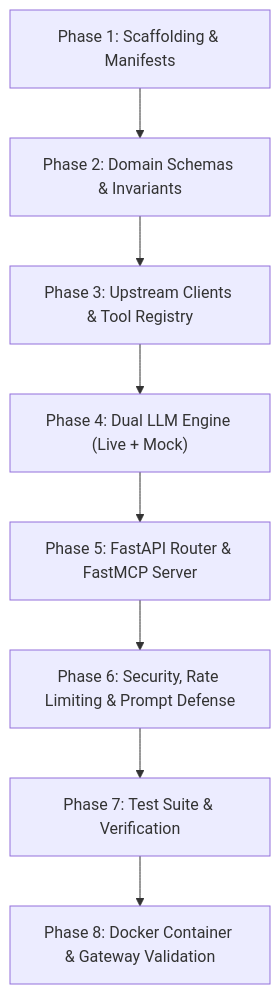
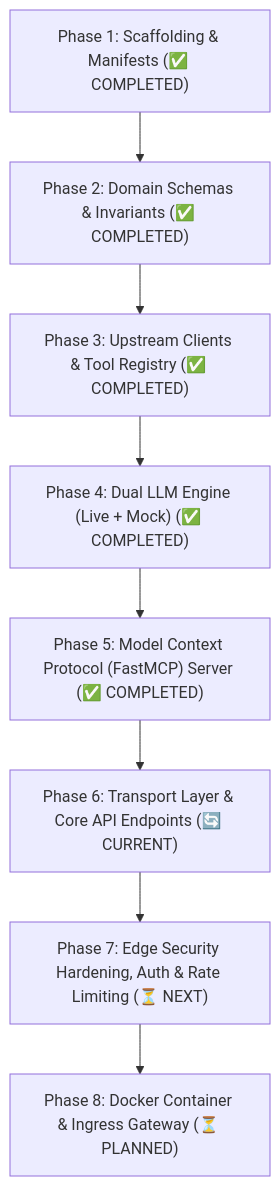
The diagram in services/ai-assistant/ROADMAP.md (phantomTroupeEAD/SwiftDrop), drawn with Mermaid before and after one commit. The commit also changed other lines of this file and 15 other files, not shown here.

First line of the commit message:
feat(ai-assistant): implement Phase 6 transport layer, REST endpoints, and test suites

````diff
--- a/services/ai-assistant/ROADMAP.md
+++ b/services/ai-assistant/ROADMAP.md
@@ -41,10 +42,10 @@
 ```mermaid
 flowchart TD
-    P1["Phase 1: Scaffolding & Manifests"] --> P2["Phase 2: Domain Schemas & Invariants"]
-    P2 --> P3["Phase 3: Upstream Clients & Tool Registry"]
-    P3 --> P4["Phase 4: Dual LLM Engine (Live + Mock)"]
-    P4 --> P5["Phase 5: FastAPI Router & FastMCP Server"]
-    P5 --> P6["Phase 6: Security, Rate Limiting & Prompt Defense"]
-    P6 --> P7["Phase 7: Test Suite & Verification"]
-    P7 --> P8["Phase 8: Docker Container & Gateway Validation"]
+    P1["Phase 1: Scaffolding & Manifests (✅ COMPLETED)"] --> P2["Phase 2: Domain Schemas & Invariants (✅ COMPLETED)"]
+    P2 --> P3["Phase 3: Upstream Clients & Tool Registry (✅ COMPLETED)"]
+    P3 --> P4["Phase 4: Dual LLM Engine (Live + Mock) (✅ COMPLETED)"]
+    P4 --> P5["Phase 5: Model Context Protocol (FastMCP) Server (✅ COMPLETED)"]
+    P5 --> P6["Phase 6: Transport Layer & Core API Endpoints (🔄 CURRENT)"]
+    P6 --> P7["Phase 7: Edge Security Hardening, Auth & Rate Limiting (⏳ NEXT)"]
+    P7 --> P8["Phase 8: Docker Container & Ingress Gateway (⏳ PLANNED)"]
 ```
````
